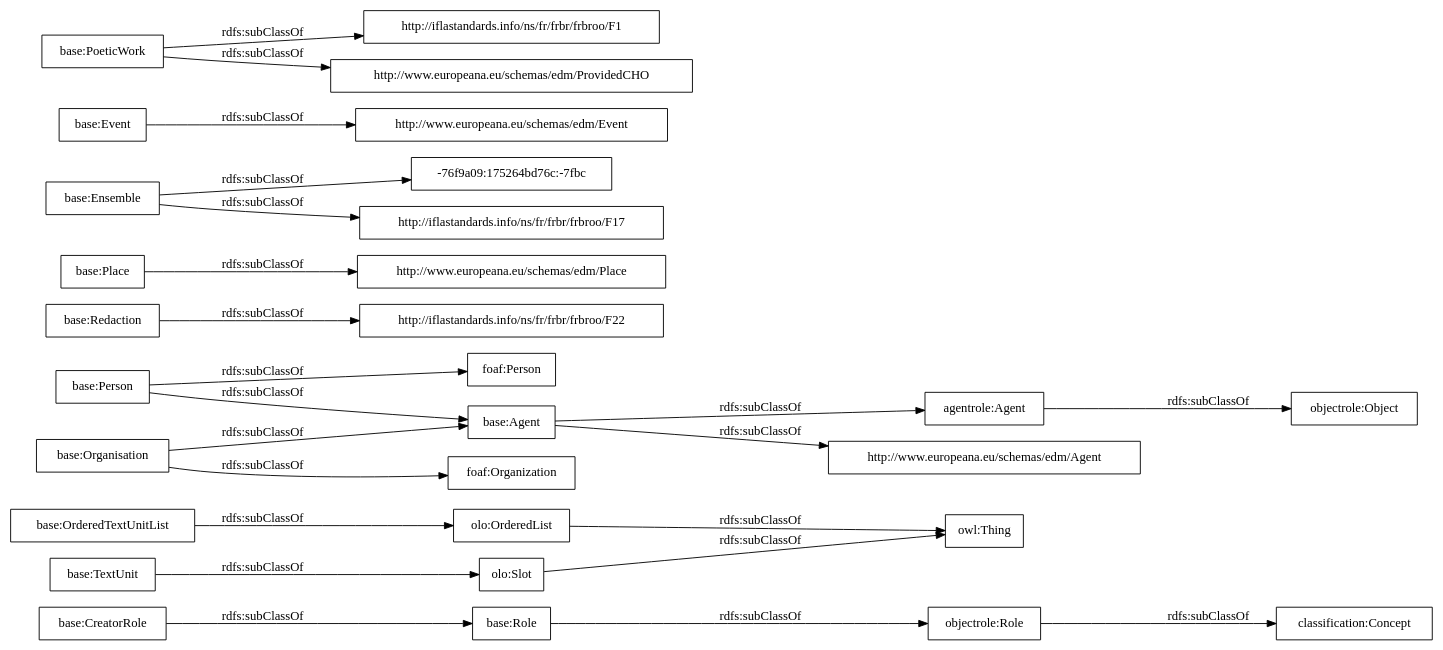
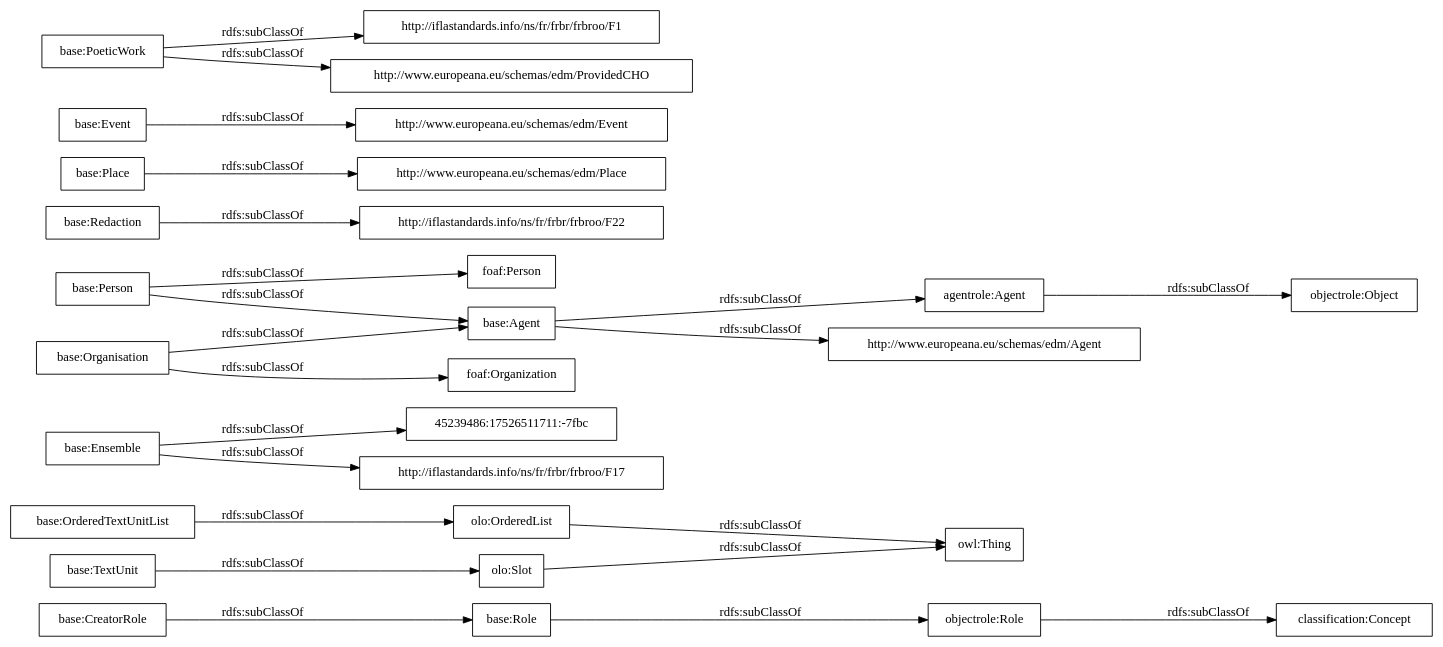
One commit to OnToologyUser/core-ontology-1 changed the diagram in OnToology/postdata-core.owl/diagrams/ar2dtool-taxonomy/postdata-core.owl.png.dot. Above: the diagram before and after it, drawn with Graphviz. The commit also changed 14 other files, not shown here.

```diff
--- a/OnToology/postdata-core.owl/diagrams/ar2dtool-taxonomy/postdata-core.owl.png.dot
+++ b/OnToology/postdata-core.owl/diagrams/ar2dtool-taxonomy/postdata-core.owl.png.dot
@@ -1,27 +1,27 @@
 digraph ar2dtool_diagram { 
 rankdir=LR;
 size="1000"
-node [shape = rectangle, color="black"]; "base:Role" "base:OrderedTextUnitList" "agentrole:Agent" "http://iflastandards.info/ns/fr/frbr/frbroo/F22" "http://www.europeana.eu/schemas/edm/Agent" "base:Agent" "base:CreatorRole" "base:Person" "base:Organisation" "http://www.europeana.eu/schemas/edm/Place" "base:Redaction" "foaf:Person" "base:Ensemble" "http://www.europeana.eu/schemas/edm/Event" "-76f9a09:175264bd76c:-7fbc" "base:TextUnit" "http://iflastandards.info/ns/fr/frbr/frbroo/F1" "foaf:Organization" "http://www.europeana.eu/schemas/edm/ProvidedCHO" "base:Place" "base:Event" "base:PoeticWork" "http://iflastandards.info/ns/fr/frbr/frbroo/F17" "owl:Thing" "objectrole:Role" "objectrole:Object" "olo:Slot" "olo:OrderedList" "classification:Concept" ; /*classes style*/
+node [shape = rectangle, color="black"]; "base:Role" "base:OrderedTextUnitList" "45239486:17526511711:-7fbc" "agentrole:Agent" "http://iflastandards.info/ns/fr/frbr/frbroo/F22" "http://www.europeana.eu/schemas/edm/Agent" "base:Agent" "base:CreatorRole" "base:Person" "base:Organisation" "http://www.europeana.eu/schemas/edm/Place" "base:Redaction" "base:Ensemble" "foaf:Person" "http://www.europeana.eu/schemas/edm/Event" "base:TextUnit" "http://iflastandards.info/ns/fr/frbr/frbroo/F1" "foaf:Organization" "http://www.europeana.eu/schemas/edm/ProvidedCHO" "base:Place" "base:Event" "base:PoeticWork" "http://iflastandards.info/ns/fr/frbr/frbroo/F17" "owl:Thing" "objectrole:Role" "objectrole:Object" "olo:Slot" "olo:OrderedList" "classification:Concept" ; /*classes style*/
 	"base:Redaction" -> "http://iflastandards.info/ns/fr/frbr/frbroo/F22" [ label = "rdfs:subClassOf" ];
 	"base:Role" -> "objectrole:Role" [ label = "rdfs:subClassOf" ];
 	"base:Event" -> "http://www.europeana.eu/schemas/edm/Event" [ label = "rdfs:subClassOf" ];
 	"base:Person" -> "foaf:Person" [ label = "rdfs:subClassOf" ];
 	"base:Person" -> "base:Agent" [ label = "rdfs:subClassOf" ];
 	"olo:OrderedList" -> "owl:Thing" [ label = "rdfs:subClassOf" ];
 	"olo:Slot" -> "owl:Thing" [ label = "rdfs:subClassOf" ];
 	"base:PoeticWork" -> "http://www.europeana.eu/schemas/edm/ProvidedCHO" [ label = "rdfs:subClassOf" ];
 	"base:PoeticWork" -> "http://iflastandards.info/ns/fr/frbr/frbroo/F1" [ label = "rdfs:subClassOf" ];
 	"base:TextUnit" -> "olo:Slot" [ label = "rdfs:subClassOf" ];
 	"agentrole:Agent" -> "objectrole:Object" [ label = "rdfs:subClassOf" ];
-	"base:Ensemble" -> "-76f9a09:175264bd76c:-7fbc" [ label = "rdfs:subClassOf" ];
+	"base:Ensemble" -> "45239486:17526511711:-7fbc" [ label = "rdfs:subClassOf" ];
 	"base:Ensemble" -> "http://iflastandards.info/ns/fr/frbr/frbroo/F17" [ label = "rdfs:subClassOf" ];
 	"base:OrderedTextUnitList" -> "olo:OrderedList" [ label = "rdfs:subClassOf" ];
 	"base:Agent" -> "agentrole:Agent" [ label = "rdfs:subClassOf" ];
 	"base:Agent" -> "http://www.europeana.eu/schemas/edm/Agent" [ label = "rdfs:subClassOf" ];
 	"objectrole:Role" -> "classification:Concept" [ label = "rdfs:subClassOf" ];
 	"base:Place" -> "http://www.europeana.eu/schemas/edm/Place" [ label = "rdfs:subClassOf" ];
 	"base:Organisation" -> "foaf:Organization" [ label = "rdfs:subClassOf" ];
 	"base:Organisation" -> "base:Agent" [ label = "rdfs:subClassOf" ];
 	"base:CreatorRole" -> "base:Role" [ label = "rdfs:subClassOf" ];
 
 }
```
